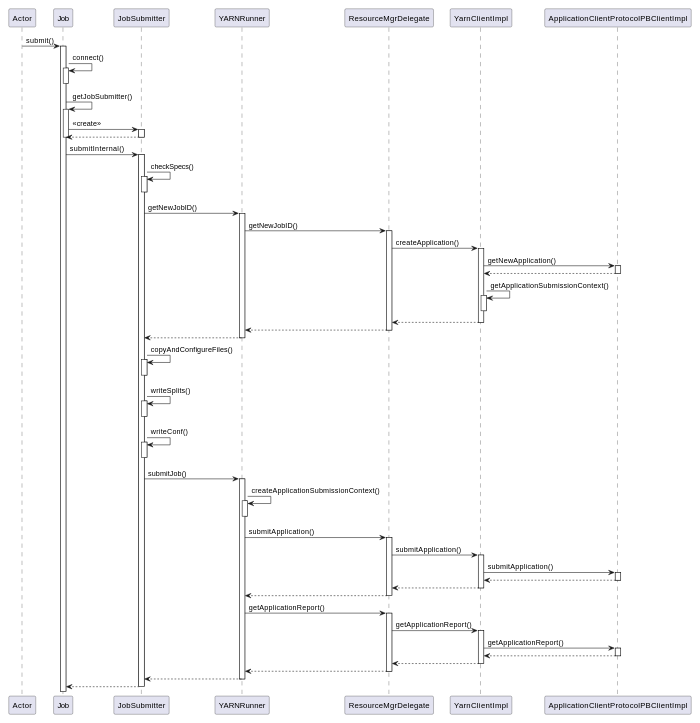
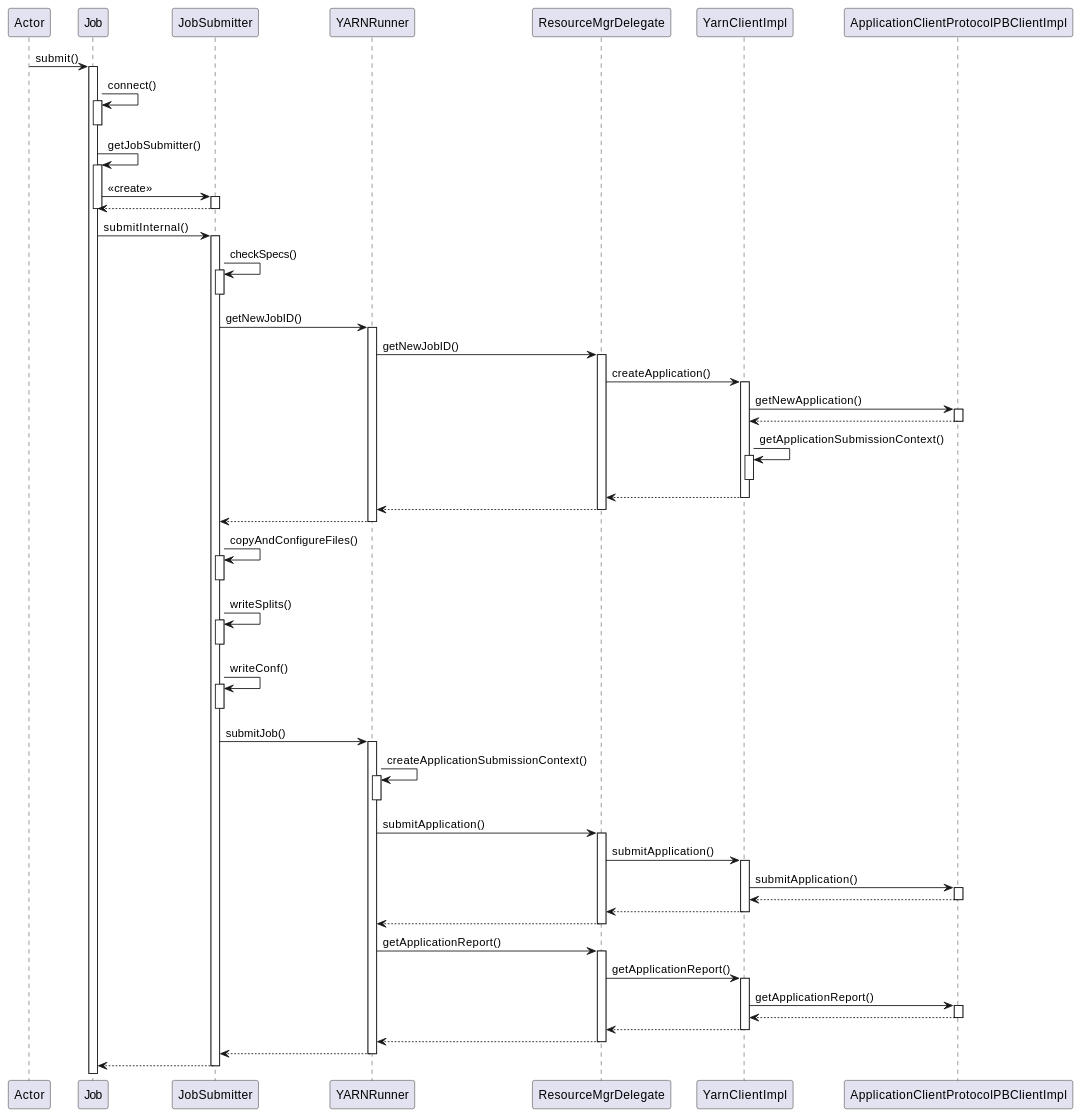
Before and after one commit to 1120111927/1120111927.github.io: the diagram in content/blog/MapReduce/index.md, drawn with PlantUML. The commit also changed other lines of this file and 12 other files, not shown here.

````diff
--- a/content/blog/MapReduce/index.md
+++ b/content/blog/MapReduce/index.md
@@ -116,7 +116,6 @@
 ```plantuml
 @startuml
 skinparam ArrowThickness 1
-scale max 800 width
 
 participant Actor
 participant Job
````
